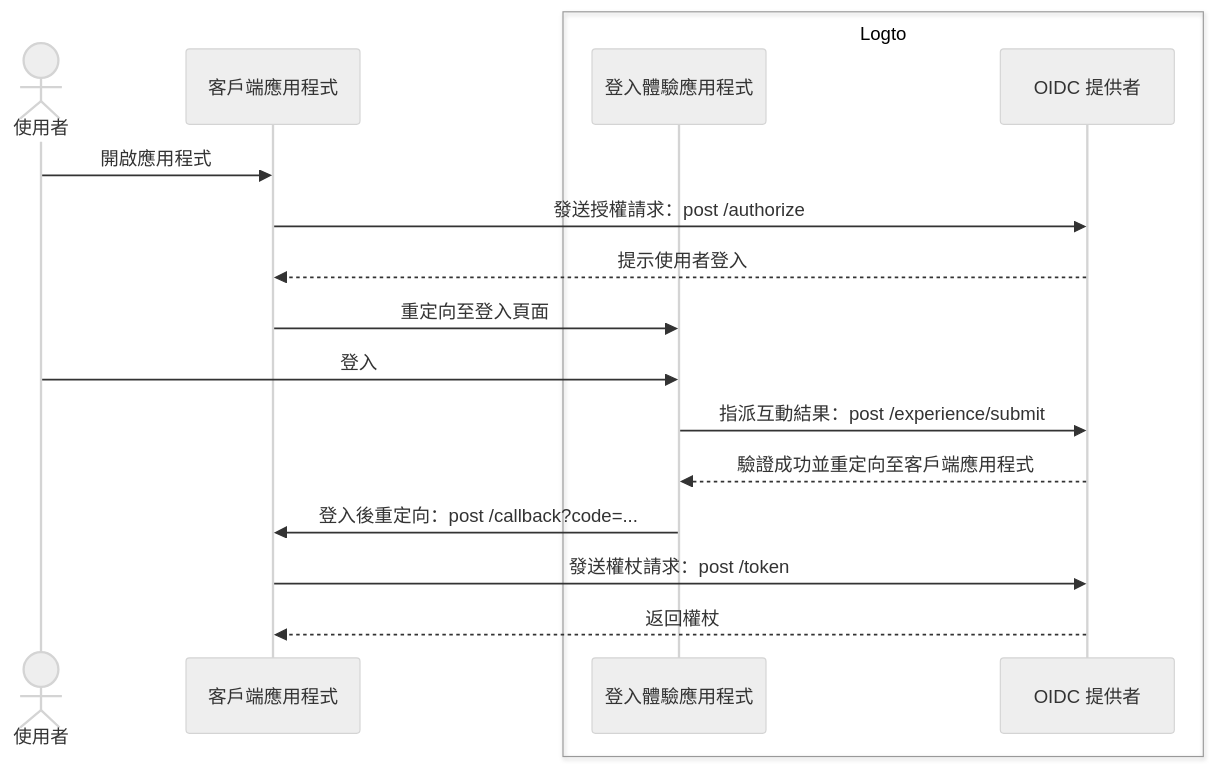
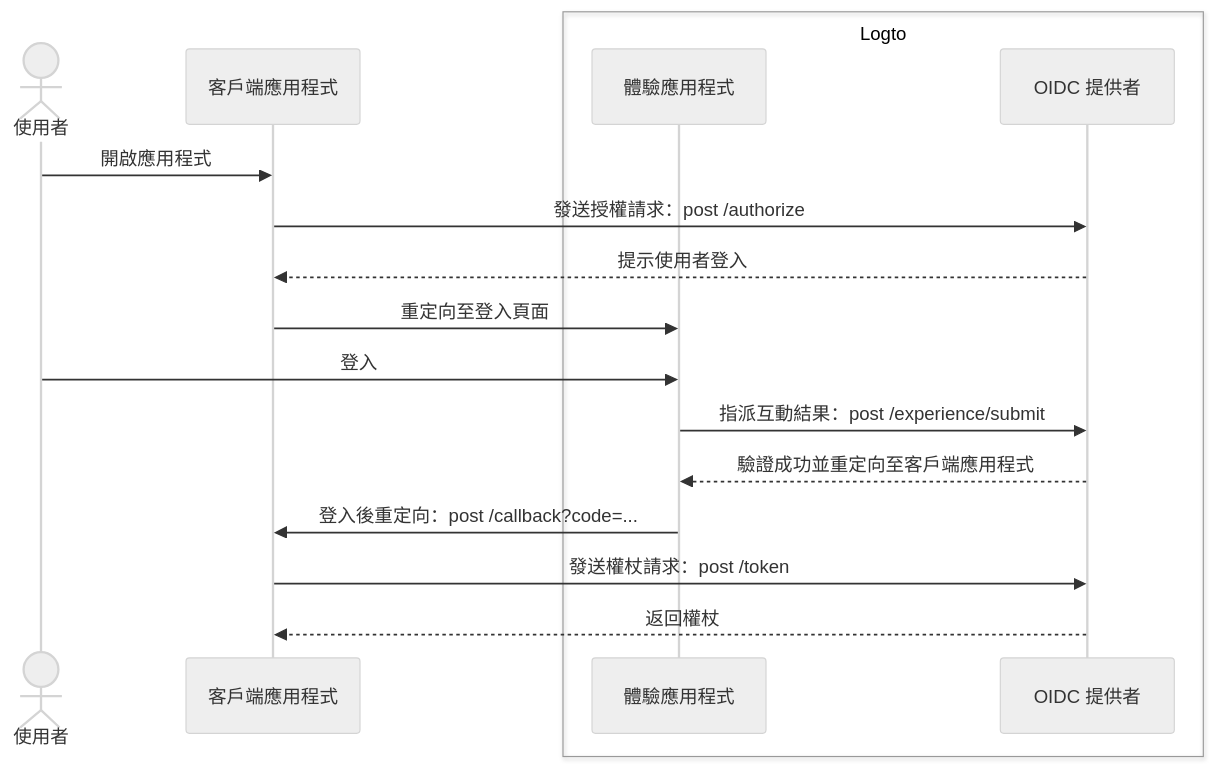
The first of 2 diagrams in i18n/zh-TW/docusaurus-plugin-content-docs/current/end-user-flows/sign-up-and-sign-in/README.mdx (logto-io/docs), drawn with Mermaid (neutral theme) before and after one commit. The commit also changed other lines of this file and 407 other files, not shown here.

````diff
--- a/i18n/zh-TW/docusaurus-plugin-content-docs/current/end-user-flows/sign-up-and-sign-in/README.mdx
+++ b/i18n/zh-TW/docusaurus-plugin-content-docs/current/end-user-flows/sign-up-and-sign-in/README.mdx
@@ -15,21 +15,21 @@
 ```mermaid
 sequenceDiagram
   actor user as 使用者
   participant client as 客戶端應用程式
 
   box Logto
-    participant experience as 登入體驗應用程式
+    participant experience as 體驗應用程式
     participant oidc as OIDC 提供者
   end
 
   user ->> client: 開啟應用程式
   client ->> oidc: 發送授權請求：post /authorize
   oidc -->> client: 提示使用者登入
   client ->> experience: 重定向至登入頁面
   user ->> experience: 登入
   experience ->> oidc: 指派互動結果：post /experience/submit
   oidc -->> experience: 驗證成功並重定向至客戶端應用程式
   experience ->> client: 登入後重定向：post /callback?code=...
   client ->> oidc: 發送權杖請求：post /token
   oidc -->> client: 返回權杖
 ```
````
